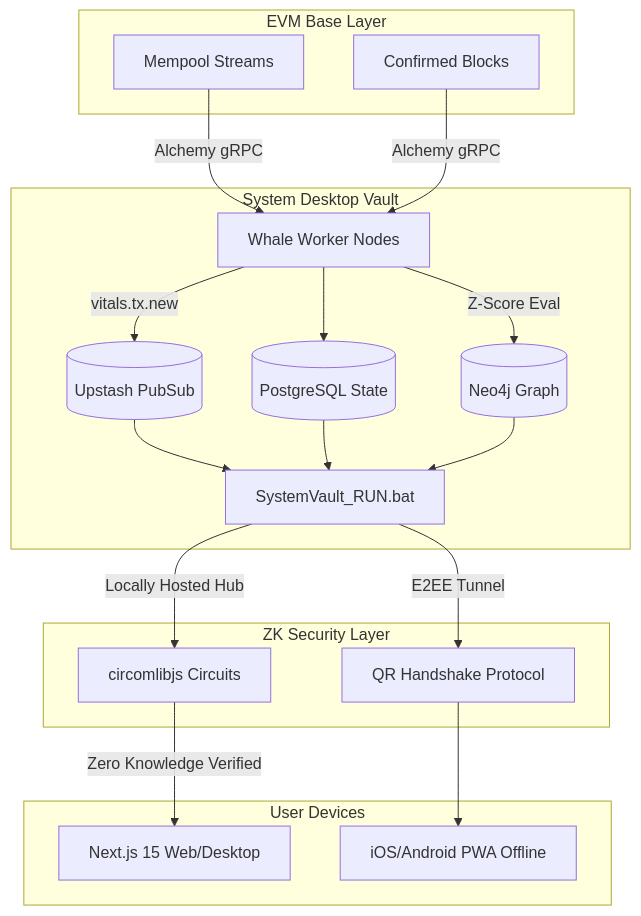
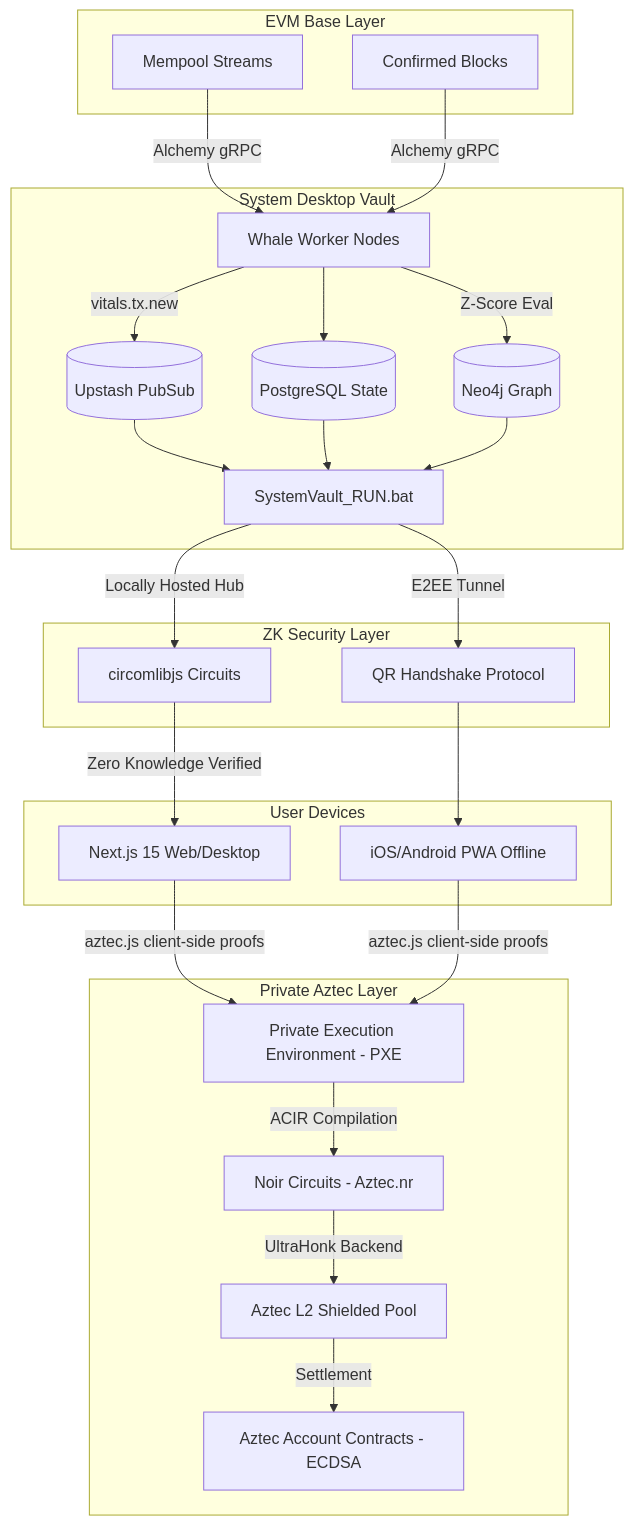
Before and after one commit to atfortyseven-creations/whalecosystem: the diagram in MASTER_ARCHITECTURE.md, drawn with Mermaid. The commit also changed other lines of this file and 229 other files, not shown here.

````diff
--- a/MASTER_ARCHITECTURE.md
+++ b/MASTER_ARCHITECTURE.md
@@ -12,40 +12,53 @@
 ```mermaid
 graph TD
     subgraph EVM Base Layer
         Mem[Mempool Streams]
         Blk[Confirmed Blocks]
     end
 
     subgraph System Desktop Vault
         Daemon[SystemVault_RUN.bat]
         Wrk[Whale Worker Nodes]
         Prisma[(PostgreSQL State)]
         Neo[(Neo4j Graph)]
         Redis[(Upstash PubSub)]
     end
 
     subgraph ZK Security Layer
         Cir[circomlibjs Circuits]
         Hnd[QR Handshake Protocol]
+    end
+
+    subgraph Private Aztec Layer
+        Pxe[Private Execution Environment - PXE]
+        Noir[Noir Circuits - Aztec.nr]
+        Azt[Aztec Account Contracts - ECDSA]
+        L2[Aztec L2 Shielded Pool]
     end
 
     subgraph User Devices
         Nxt[Next.js 15 Web/Desktop]
         Pwa[iOS/Android PWA Offline]
     end
 
     Mem -->|Alchemy gRPC| Wrk
     Blk -->|Alchemy gRPC| Wrk
     Wrk -->|Z-Score Eval| Neo
     Wrk --> Prisma
     Wrk -->|vitals.tx.new| Redis
     
     Redis --> Daemon
     Prisma --> Daemon
     Neo --> Daemon
 
     Daemon -->|Locally Hosted Hub| Cir
     Cir -->|Zero Knowledge Verified| Nxt
     Daemon -->|E2EE Tunnel| Hnd
     Hnd --> Pwa
+    
+    Nxt -->|aztec.js client-side proofs| Pxe
+    Pwa -->|aztec.js client-side proofs| Pxe
+    Pxe -->|ACIR Compilation| Noir
+    Noir -->|UltraHonk Backend| L2
+    L2 -->|Settlement| Azt
 ```
````
